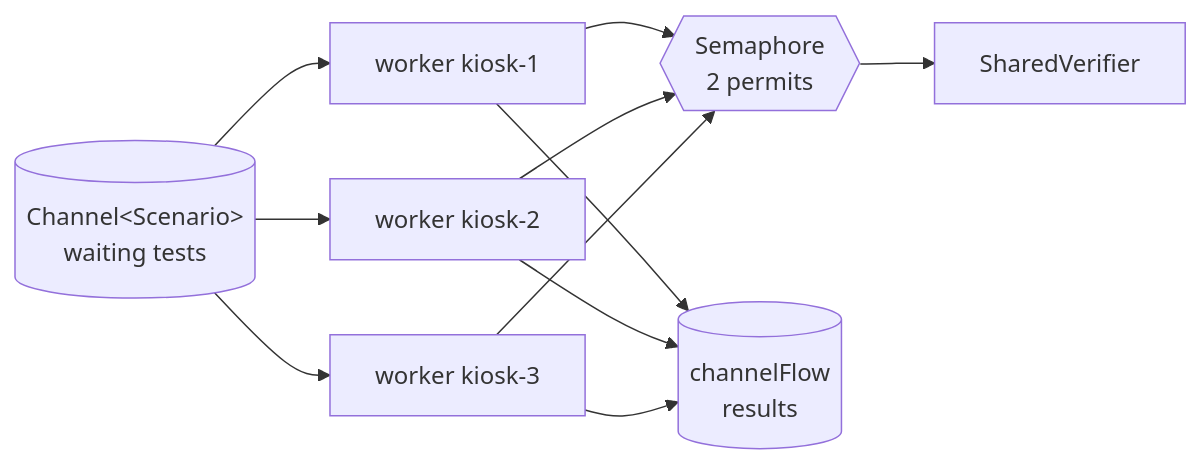
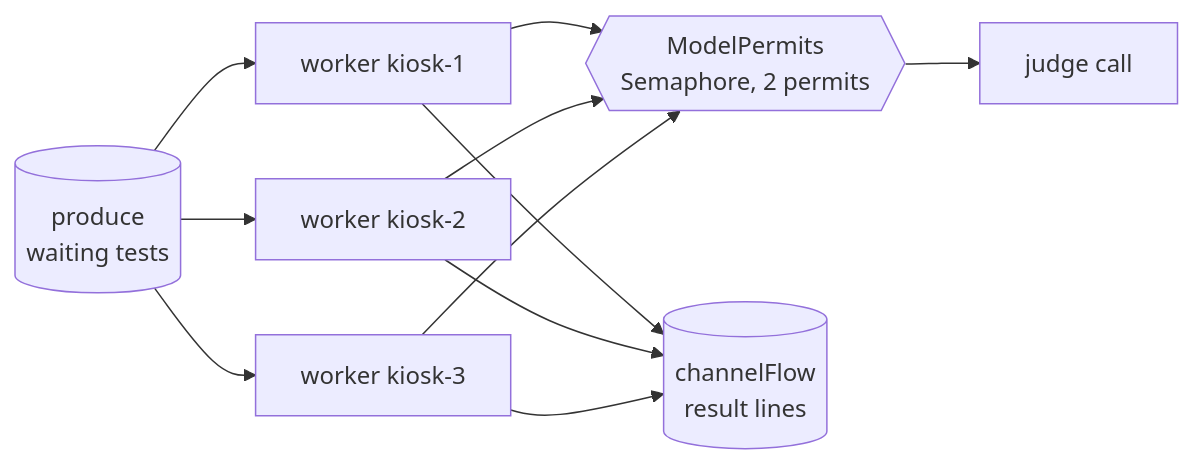
One commit to inetand/kotlinfest2026-koog-e2e changed the third of 3 diagrams in README.md. Above: the diagram before and after it, drawn with Mermaid. The commit also changed other lines of this file, not shown here.

````diff
--- a/README.md
+++ b/README.md
@@ -216,13 +304,13 @@
 ```mermaid
 flowchart LR
-    Q[("Channel&lt;Scenario&gt;<br/>waiting tests")] --> W1["worker kiosk-1"]
+    Q[("produce<br/>waiting tests")] --> W1["worker kiosk-1"]
     Q --> W2["worker kiosk-2"]
     Q --> W3["worker kiosk-3"]
-    W1 --> S{{"Semaphore<br/>2 permits"}}
+    W1 --> S{{"ModelPermits<br/>Semaphore, 2 permits"}}
     W2 --> S
     W3 --> S
-    S --> V["SharedVerifier"]
-    W1 --> R[("channelFlow<br/>results")]
+    S --> J["judge call"]
+    W1 --> R[("channelFlow<br/>result lines")]
     W2 --> R
     W3 --> R
 ```
````
